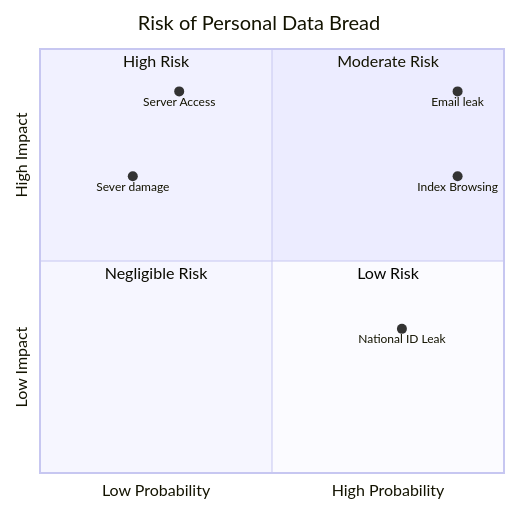
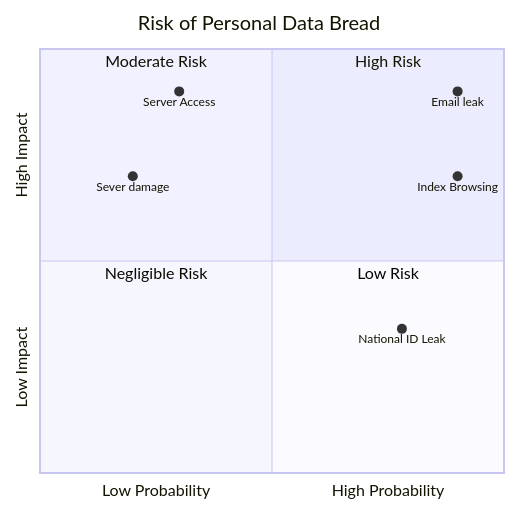
The fourth of 4 diagrams in README.md (Kietpawpan/pdpa), drawn with Mermaid before and after one commit.

````diff
--- a/README.md
+++ b/README.md
@@ -87,15 +87,15 @@
 ```mermaid
 quadrantChart
     title Risk of Personal Data Bread
     x-axis Low Probability --> High Probability
     y-axis Low Impact --> High Impact
-    quadrant-1 Moderate Risk
-    quadrant-2 High Risk
+    quadrant-1 High Risk
+    quadrant-2 Moderate Risk
     quadrant-3 Negligible Risk
     quadrant-4 Low Risk
 	Server Access: [0.3, 0.9]
     	Email leak: [0.9, 0.9]
     Index Browsing: [0.9, 0.7]
     National ID Leak: [0.78, 0.34]
     Sever damage: [0.2, 0.7]
 ```
````
